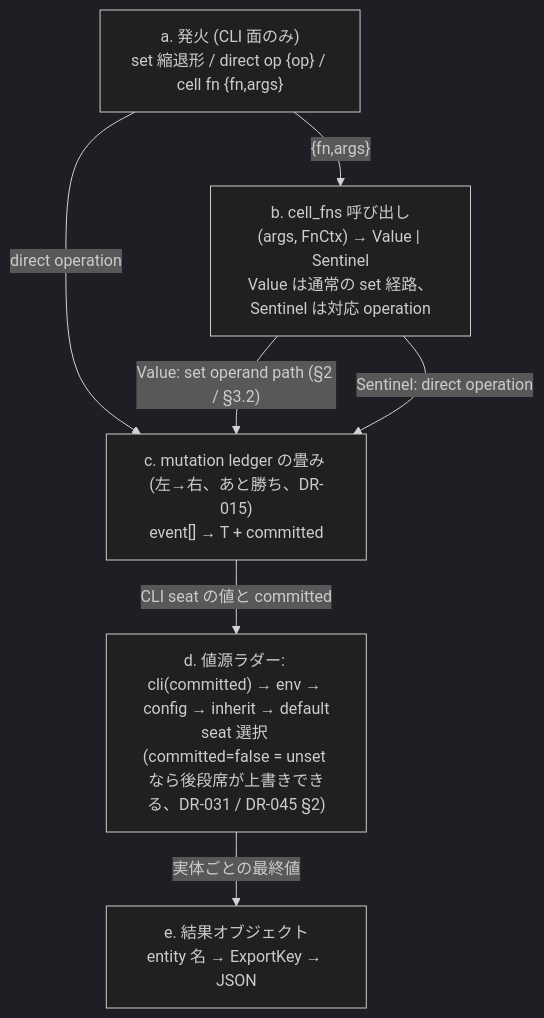
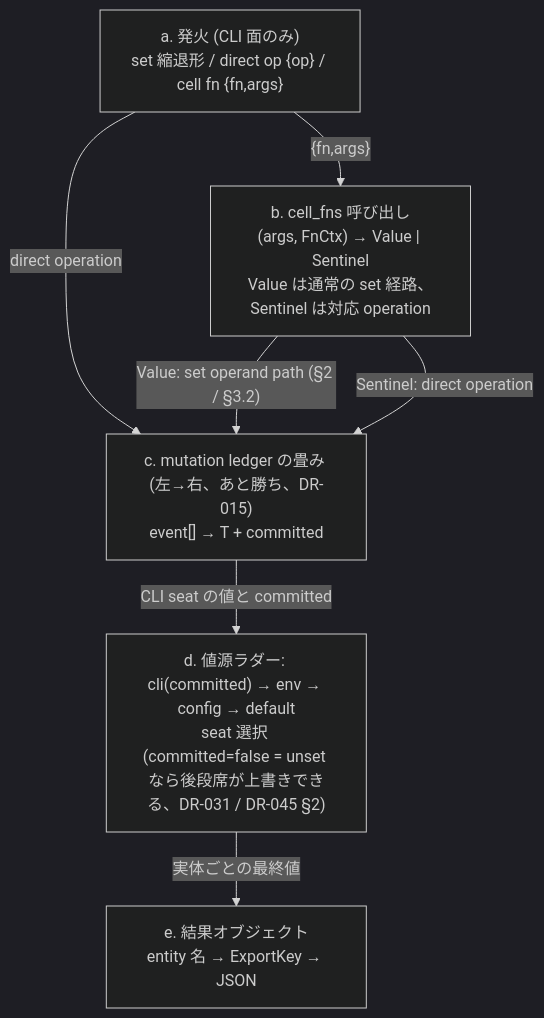
The first of 2 diagrams in docs/PIPELINE.md (kawaz/kuu), drawn with Mermaid (dark theme) before and after one commit. The commit also changed other lines of this file and 4 other files, not shown here.

````diff
--- a/docs/PIPELINE.md
+++ b/docs/PIPELINE.md
@@ -37,14 +36,14 @@
 ```mermaid
 flowchart TD
   A["a. 発火 (CLI 面のみ)<br/>set 縮退形 / direct op {op} / cell fn {fn,args}"]
   F["b. cell_fns 呼び出し<br/>(args, FnCtx) → Value | Sentinel<br/>Value は通常の set 経路、Sentinel は対応 operation"]
   B["c. mutation ledger の畳み (左→右、あと勝ち、DR-015)<br/>event[] → T + committed"]
-  C["d. 値源ラダー: cli(committed) → env → config → inherit → default<br/>seat 選択 (committed=false = unset なら後段席が上書きできる、DR-031 / DR-045 §2)"]
+  C["d. 値源ラダー: cli(committed) → env → config → default<br/>seat 選択 (committed=false = unset なら後段席が上書きできる、DR-031 / DR-045 §2)"]
   D["e. 結果オブジェクト<br/>entity 名 → ExportKey → JSON"]
   A -- "direct operation" --> B
   A -- "{fn,args}" --> F
   F -- "Value: set operand path (§2 / §3.2)" --> B
   F -- "Sentinel: direct operation" --> B
   B -- "CLI seat の値と committed" --> C
   C -- "実体ごとの最終値" --> D
 ```
````
